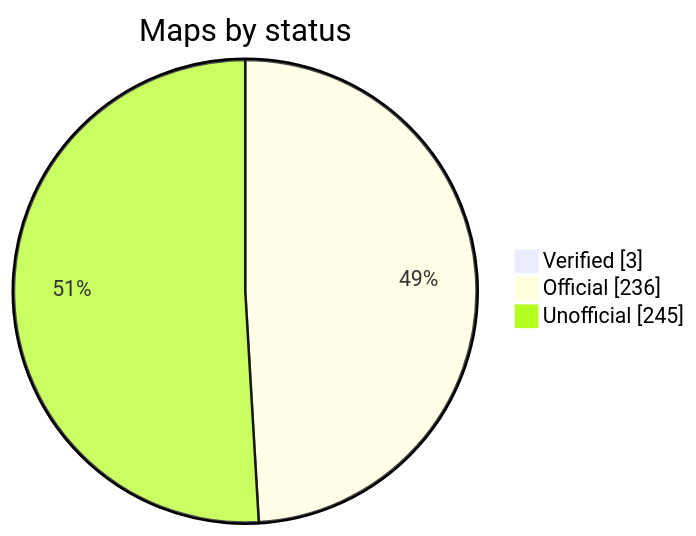
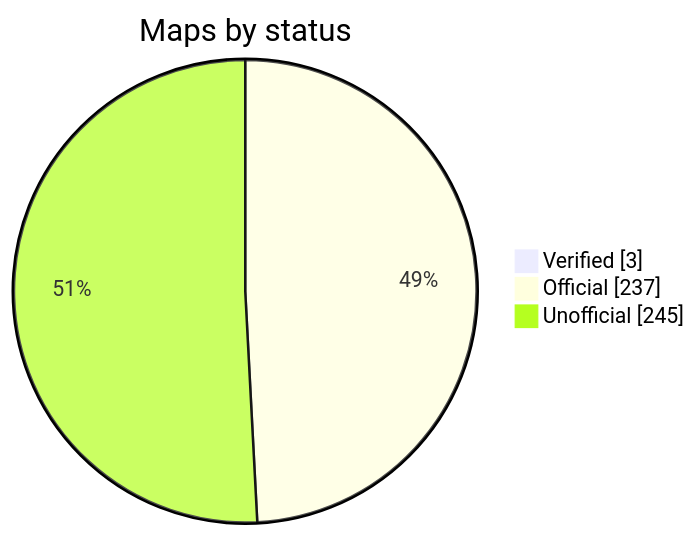
One commit to nobrega8/mbmap-library changed the diagram in README.md. Above: the diagram before and after it, drawn with Mermaid. The commit also changed 2 other files, not shown here.

Commit message:
Add the LinkedGo ST802-B thermostat map

````diff
--- a/README.md
+++ b/README.md
@@ -48,7 +48,7 @@
 ```mermaid
 pie showData
     title Maps by status
     "Verified" : 3
-    "Official" : 236
+    "Official" : 237
     "Unofficial" : 245
 ```
````
